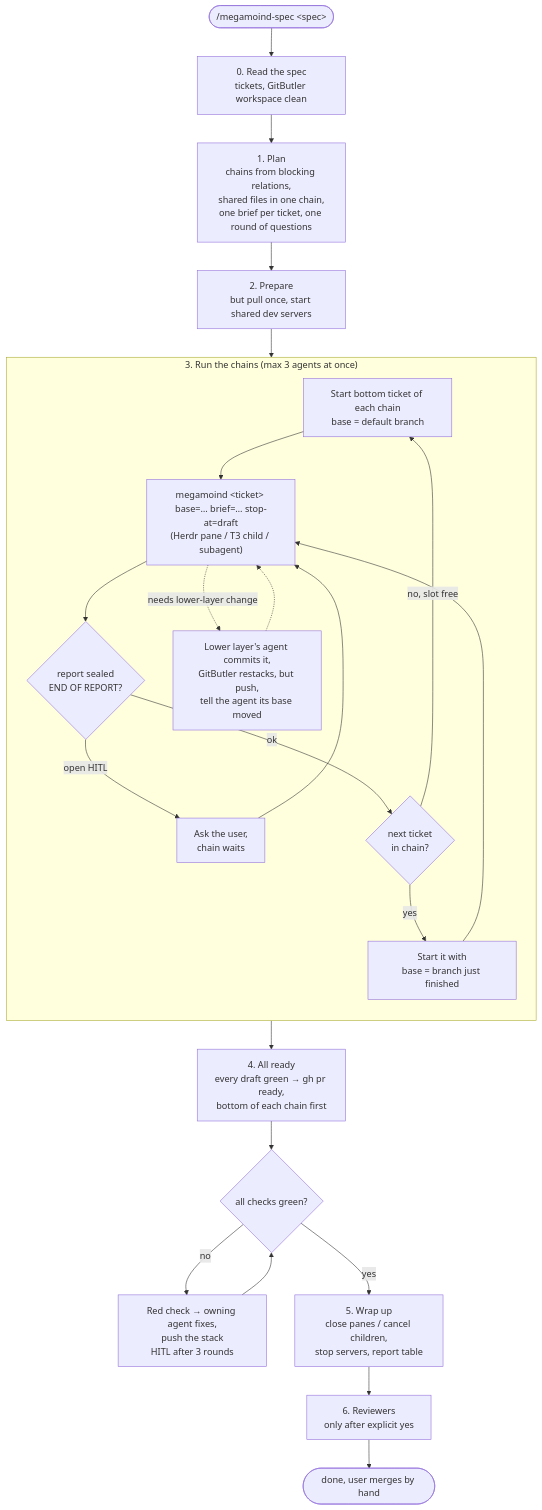
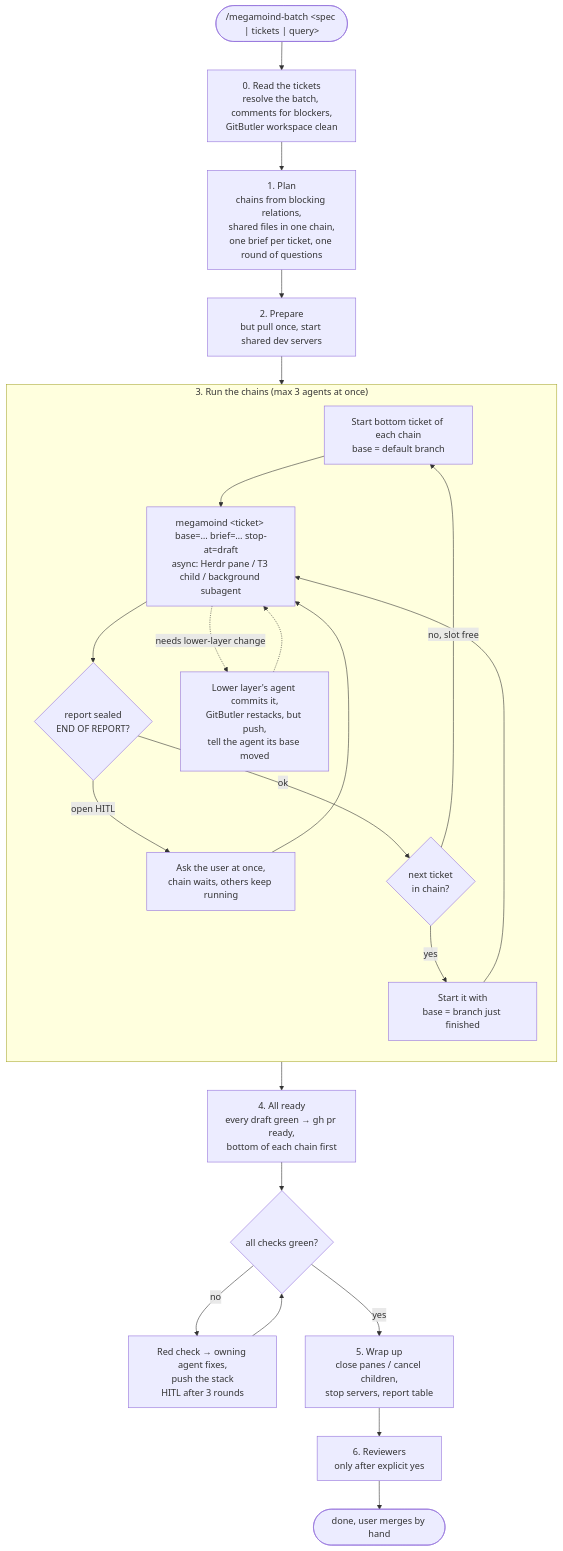
The second of 2 diagrams in docs/megamoind.md (moisesrj97/skills), drawn with Mermaid before and after one commit. The commit also changed other lines of this file and 6 other files, not shown here.

Commit message:
feat(megamoind-batch): rename megamoind-spec, accept any batch of tickets and run agents async

````diff
--- a/docs/megamoind.md
+++ b/docs/megamoind.md
@@ -38,29 +38,29 @@
 ```mermaid
 flowchart TD
-    start(["/megamoind-spec &lt;spec&gt;"]) --> s0["0. Read the spec<br/>tickets, GitButler workspace clean"]
+    start(["/megamoind-batch &lt;spec | tickets | query&gt;"]) --> s0["0. Read the tickets<br/>resolve the batch, comments for blockers,<br/>GitButler workspace clean"]
     s0 --> s1["1. Plan<br/>chains from blocking relations,<br/>shared files in one chain,<br/>one brief per ticket, one round of questions"]
     s1 --> s2["2. Prepare<br/>but pull once, start shared dev servers"]
     s2 --> s3
 
     subgraph s3["3. Run the chains (max 3 agents at once)"]
         direction TD
-        pick["Start bottom ticket of each chain<br/>base = default branch"] --> agent["megamoind &lt;ticket&gt; base=… brief=… stop-at=draft<br/>(Herdr pane / T3 child / subagent)"]
+        pick["Start bottom ticket of each chain<br/>base = default branch"] --> agent["megamoind &lt;ticket&gt; base=… brief=… stop-at=draft<br/>async: Herdr pane / T3 child / background subagent"]
         agent --> report{"report sealed<br/>END OF REPORT?"}
-        report -- "open HITL" --> ask["Ask the user,<br/>chain waits"]
+        report -- "open HITL" --> ask["Ask the user at once,<br/>chain waits, others keep running"]
         ask --> agent
         report -- ok --> next{"next ticket<br/>in chain?"}
         next -- yes --> stack["Start it with<br/>base = branch just finished"]
         stack --> agent
         next -- "no, slot free" --> pick
         agent -. "needs lower-layer change" .-> lower["Lower layer's agent commits it,<br/>GitButler restacks, but push,<br/>tell the agent its base moved"]
         lower -.-> agent
     end
 
     s3 --> s4["4. All ready<br/>every draft green → gh pr ready,<br/>bottom of each chain first"]
     s4 --> ci{"all checks green?"}
     ci -- no --> fix["Red check → owning agent fixes,<br/>push the stack<br/>HITL after 3 rounds"]
     fix --> ci
     ci -- yes --> s5["5. Wrap up<br/>close panes / cancel children,<br/>stop servers, report table"]
     s5 --> s6["6. Reviewers<br/>only after explicit yes"]
     s6 --> done([done, user merges by hand])
 ```
````
